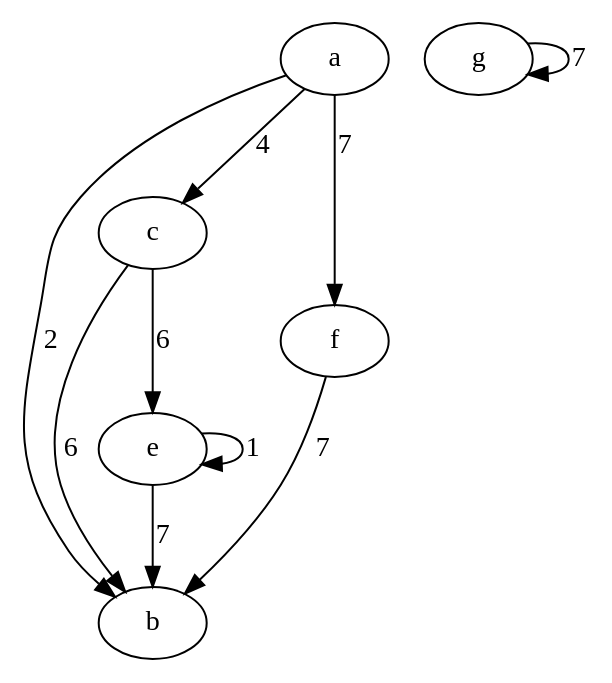
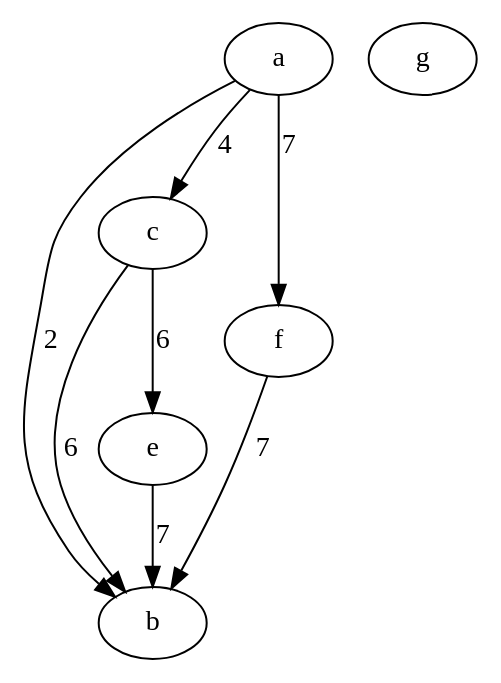
The diagram in InputParser/src/test.dot (Jordanwmk/Paralex), drawn with Graphviz before and after one commit. The commit also changed 1 other file, not shown here.

Commit message:
Added a basic bottom level algorithm to find bottom levels of each node on the input graph

```diff
--- a/InputParser/src/test.dot
+++ b/InputParser/src/test.dot
@@ -1,11 +1,15 @@
 digraph {
+		b	[weight="5"];
+		a	[weight="2"];
+		c	[weight="6"];
+		e	[weight="3"];
+		f	[weight="4"];
+		g	[weight="2"];
 		a -> b[label="2",weight="2"];
 		a -> c[label="4",weight="4"];
 		c -> b[label="6",weight="6"];
 		c -> e[label="6",weight="6"];
-		e -> e[label="1",weight="1"];
 		e -> b[label="7",weight="7"];
 		f -> b[label="7",weight="7"];
 		a -> f[label="7",weight="7"];
-		g -> g[label="7",weight="7"];
 	}
```
